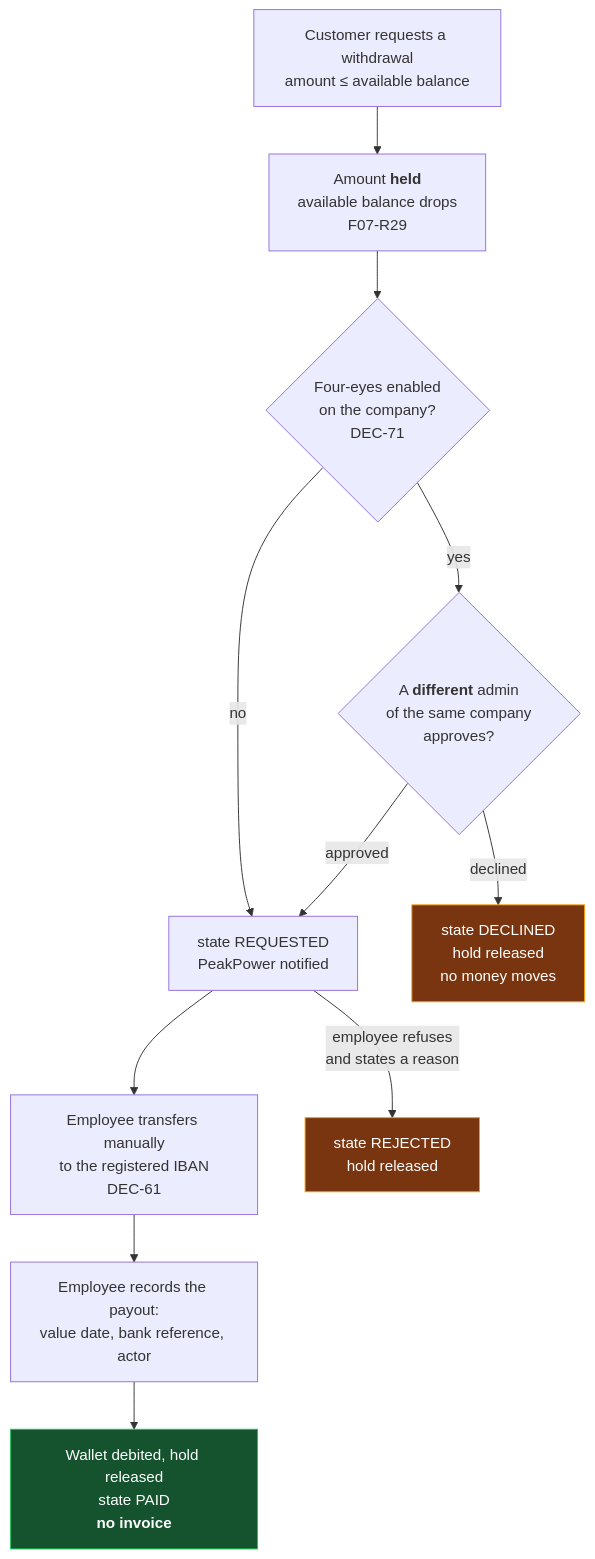
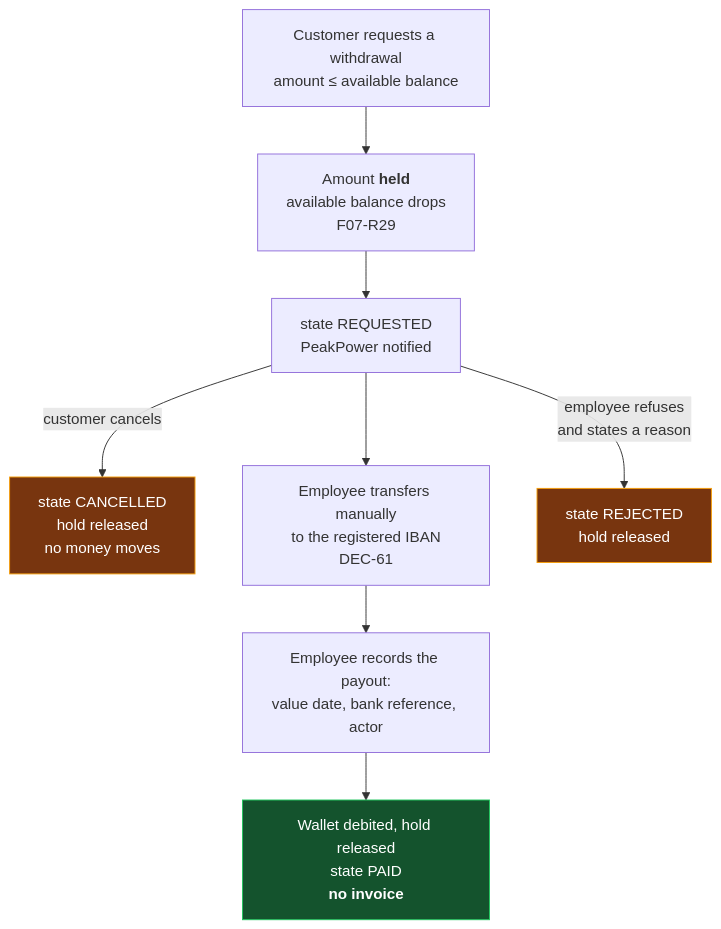
One commit to lukastosic-ifd/peakpowerspecs changed the third of 3 diagrams in specs/10-features/F07-wallet-topup-and-payments.md. Above: the diagram before and after it, drawn with Mermaid. The commit also changed other lines of this file and 40 other files, not shown here.

First line of the commit message:
DEC-179: the four-eyes rule is removed (#21)

````diff
--- a/specs/10-features/F07-wallet-topup-and-payments.md
+++ b/specs/10-features/F07-wallet-topup-and-payments.md
@@ -230,18 +230,15 @@
 ```mermaid
 flowchart TB
     A["Customer requests a withdrawal<br/>amount ≤ available balance"] --> H["Amount <b>held</b><br/>available balance drops<br/>F07-R29"]
-    H --> B{"Four-eyes enabled<br/>on the company?<br/>DEC-71"}
-    B -->|no| D["state REQUESTED<br/>PeakPower notified"]
-    B -->|yes| C{"A <b>different</b> admin<br/>of the same company<br/>approves?"}
-    C -->|declined| E["state DECLINED<br/>hold released<br/>no money moves"]
-    C -->|approved| D
+    H --> D["state REQUESTED<br/>PeakPower notified"]
+    D -->|"customer cancels"| E["state CANCELLED<br/>hold released<br/>no money moves"]
     D --> F["Employee transfers manually<br/>to the registered IBAN<br/>DEC-61"]
     F --> G["Employee records the payout:<br/>value date, bank reference, actor"]
     G --> P["Wallet debited, hold released<br/>state PAID<br/><b>no invoice</b>"]
     D -->|"employee refuses<br/>and states a reason"| R["state REJECTED<br/>hold released"]
 
     classDef warn fill:#78350f,stroke:#f59e0b,color:#fff
     classDef good fill:#14532d,stroke:#22c55e,color:#fff
     class E,R warn
     class P good
 ```
````
